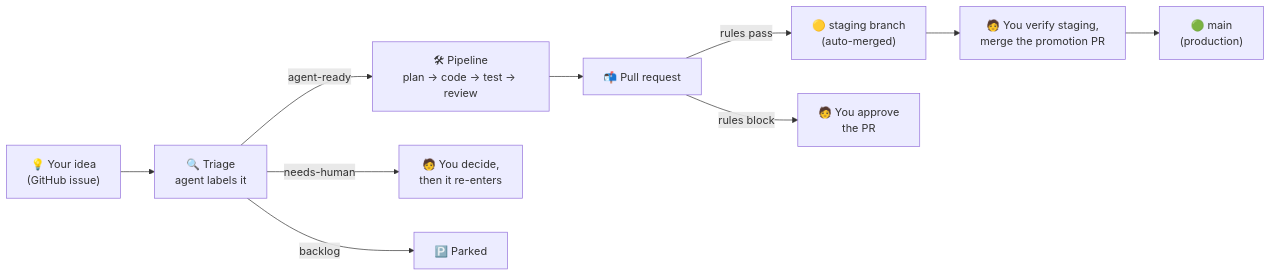
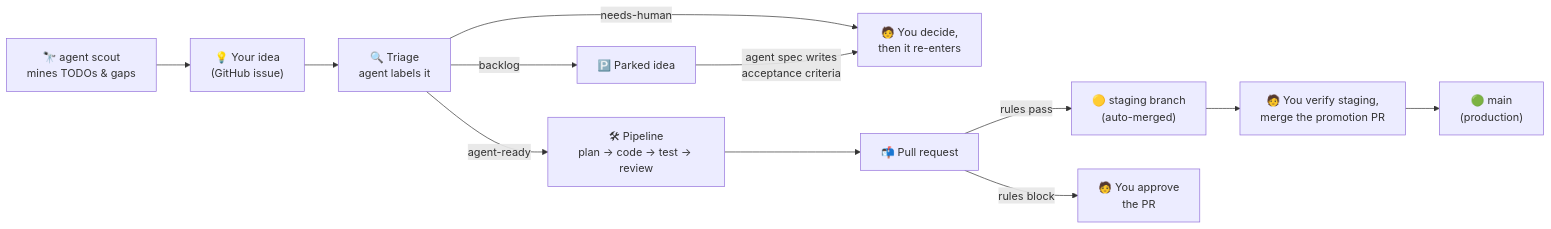
The diagram in docs/guide.md (jirathip-k/agent-ops), drawn with Mermaid before and after one commit. The commit also changed other lines of this file and 16 other files, not shown here.

First line of the commit message:
workflows: add spec + scout commands and UI acceptance-criteria bar (#10)

````diff
--- a/docs/guide.md
+++ b/docs/guide.md
@@ -13,12 +13,14 @@
 ```mermaid
 flowchart LR
     A["💡 Your idea<br/>(GitHub issue)"] --> B["🔍 Triage<br/>agent labels it"]
     B -->|agent-ready| C["🛠 Pipeline<br/>plan → code → test → review"]
     B -->|needs-human| H1["🧑 You decide,<br/>then it re-enters"]
-    B -->|backlog| P["🅿️ Parked"]
+    B -->|backlog| P["🅿️ Parked idea"]
+    P -->|agent spec writes<br/>acceptance criteria| H1
+    S["🔭 agent scout<br/>mines TODOs & gaps"] --> A
     C --> D["📬 Pull request"]
     D -->|rules pass| E["🟡 staging branch<br/>(auto-merged)"]
     D -->|rules block| H2["🧑 You approve<br/>the PR"]
     E --> F["🧑 You verify staging,<br/>merge the promotion PR"]
     F --> G["🟢 main<br/>(production)"]
 ```
````
